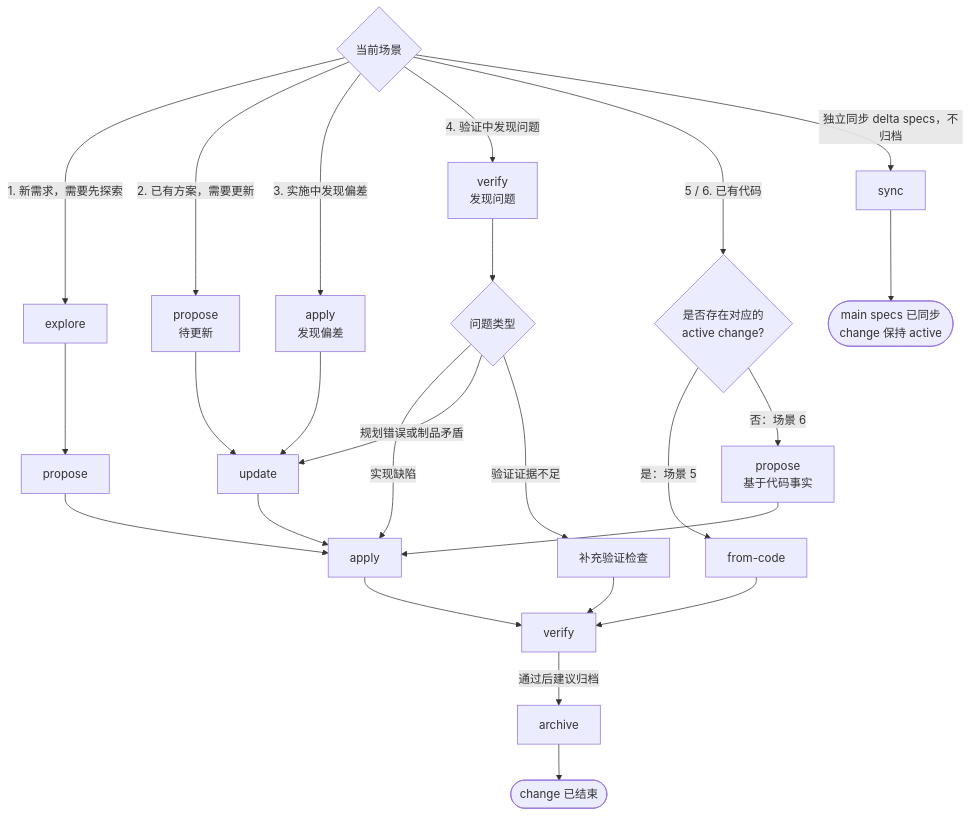
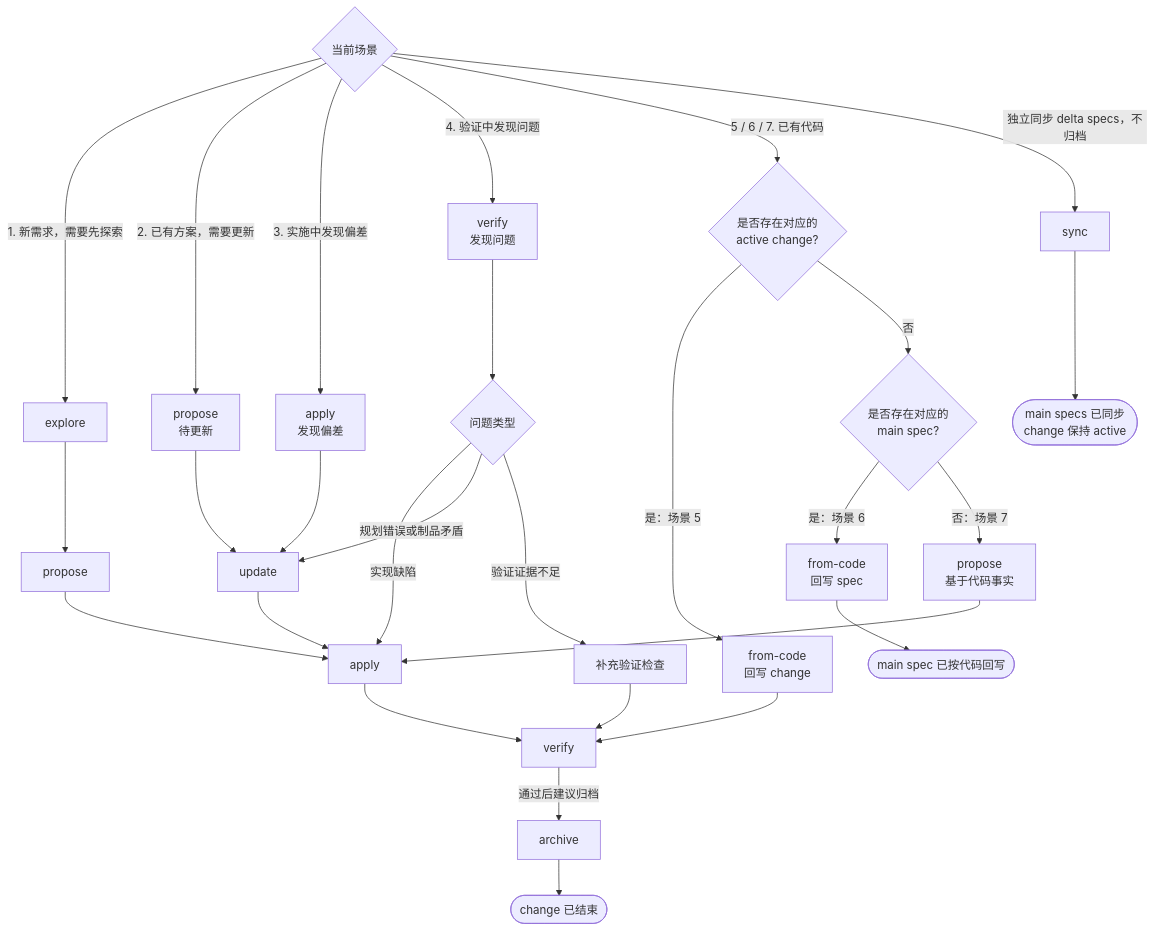
The first of 2 diagrams in docs/ai-sdd-workflow.md (youpinyao/ai-tools), drawn with Mermaid before and after one commit. The commit also changed other lines of this file and 5 other files, not shown here.

First line of the commit message:
feat(openspec): 无 active change 时回写已有 main spec

````diff
--- a/docs/ai-sdd-workflow.md
+++ b/docs/ai-sdd-workflow.md
@@ -15,34 +16,37 @@
 ```mermaid
 flowchart TD
     Start{当前场景}
 
     Start -->|1. 新需求，需要先探索| Explore[explore]
     Explore --> Propose[propose]
 
     Start -->|2. 已有方案，需要更新| ProposeUpdate[propose<br/>待更新]
     ProposeUpdate --> Update[update]
 
     Start -->|3. 实施中发现偏差| ApplyDrift[apply<br/>发现偏差]
     ApplyDrift --> Update
 
     Start -->|4. 验证中发现问题| VerifyFailed[verify<br/>发现问题]
     VerifyFailed --> ProblemType{问题类型}
     ProblemType -->|实现缺陷| Apply
     ProblemType -->|规划错误或制品矛盾| Update
     ProblemType -->|验证证据不足| AddEvidence[补充验证检查]
     AddEvidence --> Verify
 
-    Start -->|5 / 6. 已有代码| ActiveChange{是否存在对应的<br/>active change?}
-    ActiveChange -->|是：场景 5| FromCode[from-code]
+    Start -->|5 / 6 / 7. 已有代码| ActiveChange{是否存在对应的<br/>active change?}
+    ActiveChange -->|是：场景 5| FromCode[from-code<br/>回写 change]
     FromCode --> Verify
-    ActiveChange -->|否：场景 6| ProposeFromCode[propose<br/>基于代码事实]
+    ActiveChange -->|否| HasSpec{是否存在对应的<br/>main spec?}
+    HasSpec -->|是：场景 6| FromCodeSpec[from-code<br/>回写 spec]
+    HasSpec -->|否：场景 7| ProposeFromCode[propose<br/>基于代码事实]
+    FromCodeSpec --> SpecDone([main spec 已按代码回写])
     Start -->|独立同步 delta specs，不归档| Sync[sync]
     Sync --> Synced([main specs 已同步<br/>change 保持 active])
 
     Propose --> Apply[apply]
     ProposeFromCode --> Apply
     Update --> Apply
     Apply --> Verify[verify]
     Verify -->|通过后建议归档| Archive[archive]
     Archive --> Done([change 已结束])
 ```
````
